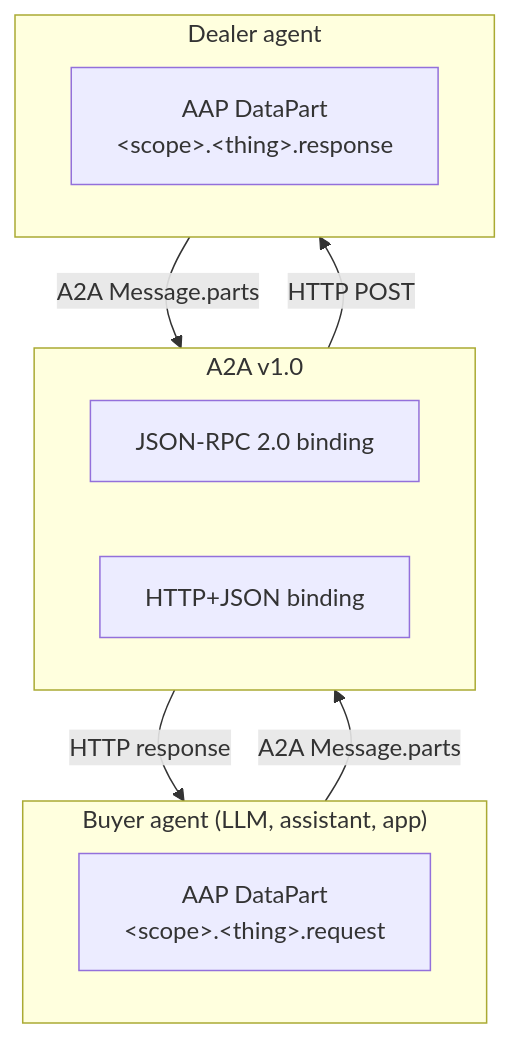
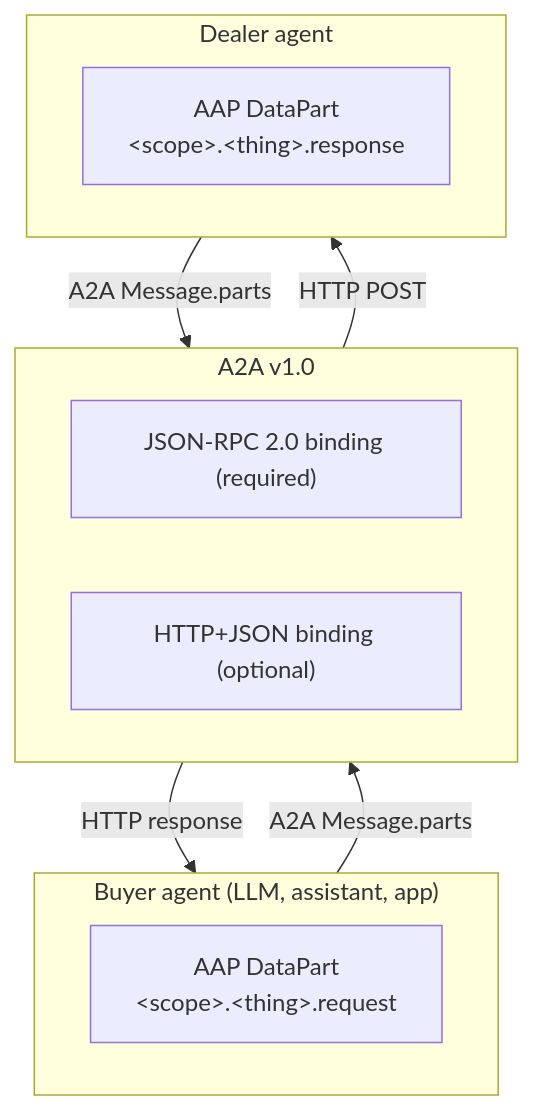
One commit to auto-agent-protocol/auto-agent-protocol changed the diagram in docs/intro.md. Above: the diagram before and after it, drawn with Mermaid. The commit also changed other lines of this file and 174 other files, not shown here.

````diff
--- a/docs/intro.md
+++ b/docs/intro.md
@@ -45,21 +47,21 @@
 ```mermaid
 flowchart TB
   subgraph Buyer["Buyer agent (LLM, assistant, app)"]
     BA["AAP DataPart<br/>&lt;scope&gt;.&lt;thing&gt;.request"]
   end
 
   subgraph A2A["A2A v1.0"]
     direction LR
-    JR["JSON-RPC 2.0 binding"]
-    HTTP["HTTP+JSON binding"]
+    JR["JSON-RPC 2.0 binding (required)"]
+    HTTP["HTTP+JSON binding (optional)"]
   end
 
   subgraph Dealer["Dealer agent"]
     DA["AAP DataPart<br/>&lt;scope&gt;.&lt;thing&gt;.response"]
   end
 
   Buyer -->|A2A Message.parts| A2A
   A2A -->|HTTP POST| Dealer
   Dealer -->|A2A Message.parts| A2A
   A2A -->|HTTP response| Buyer
 ```
````
